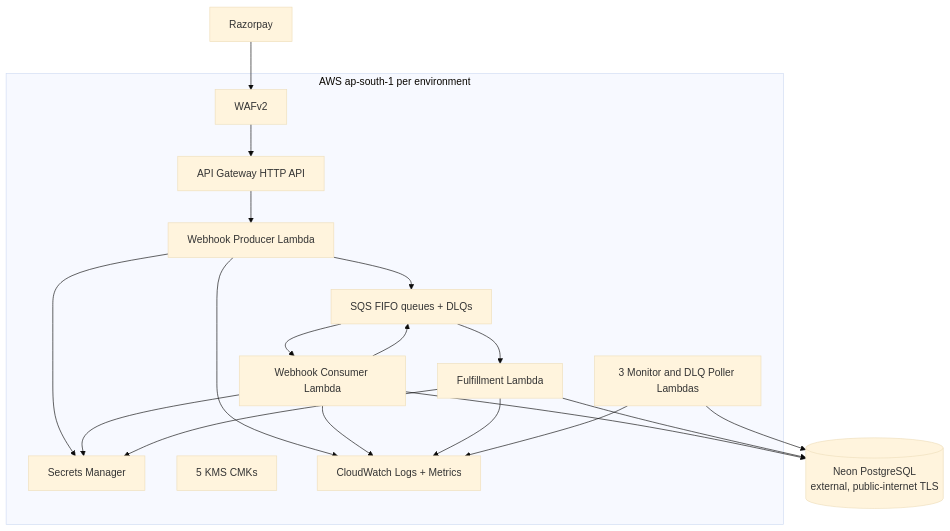
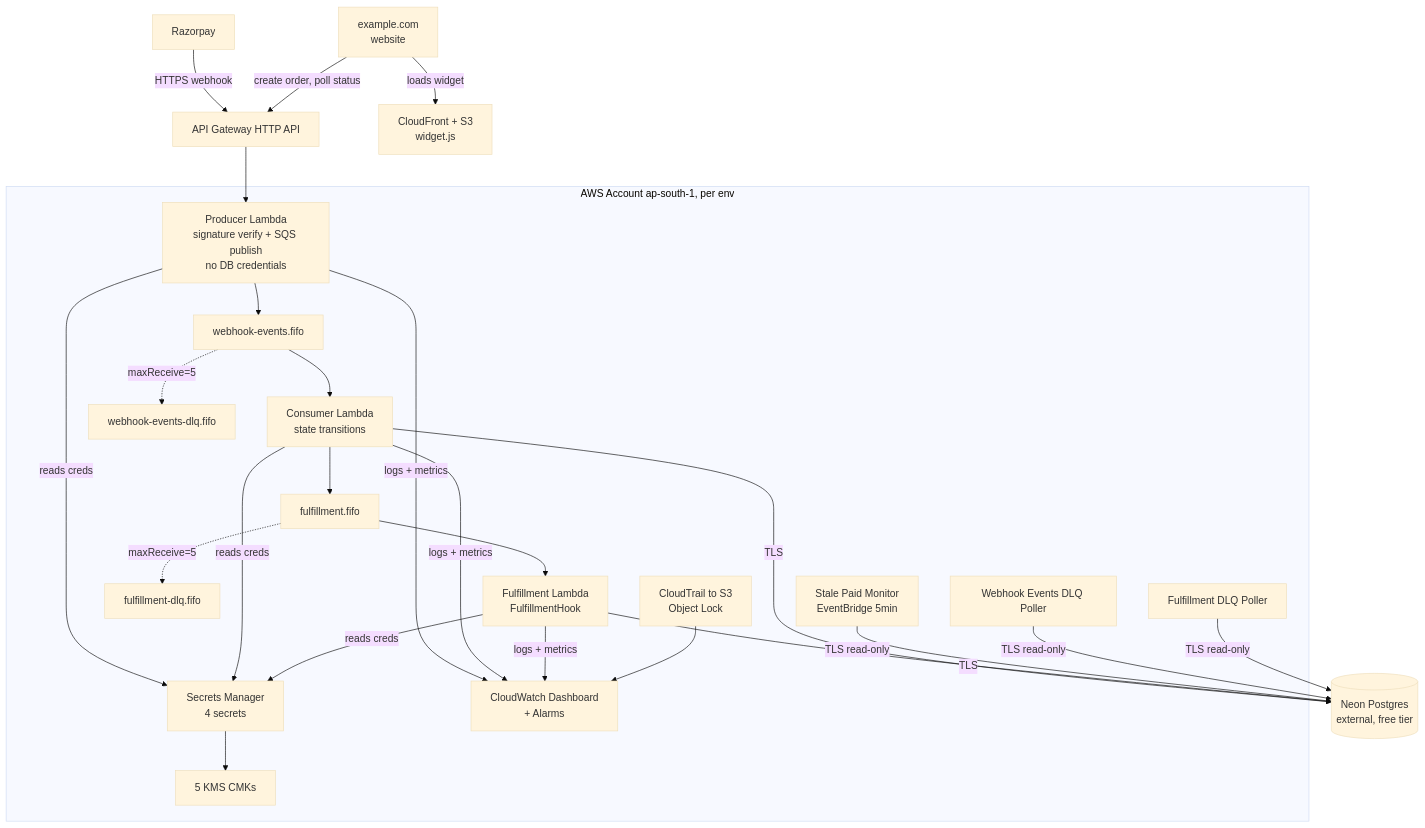
Before and after one commit to akhiljoe/razorpay-payment-integration: the first of 8 diagrams in designs/MIGRATION_WRITEUP.md, drawn with Mermaid (base theme). The commit also changed other lines of this file and 3 other files, not shown here.

````diff
--- a/designs/MIGRATION_WRITEUP.md
+++ b/designs/MIGRATION_WRITEUP.md
@@ -147,30 +58,37 @@
 ```mermaid
 flowchart TB
-    RZP[Razorpay]
-    subgraph AWS[AWS ap-south-1 per environment]
-        WAF[WAFv2]
-        APIGW[API Gateway HTTP API]
-        PRODFN[Webhook Producer Lambda]
-        CONSFN[Webhook Consumer Lambda]
-        FULFN[Fulfillment Lambda]
-        MON[3 Monitor and DLQ Poller Lambdas]
-        SQS[SQS FIFO queues + DLQs]
-        SM[Secrets Manager]
+    RZP[Razorpay] -->|HTTPS webhook| APIGW[API Gateway HTTP API]
+    APIGW --> PRODFN[Producer Lambda<br/>signature verify + SQS publish<br/>no DB credentials]
+
+    subgraph AWS_Account[AWS Account ap-south-1, per env]
+        PRODFN --> SQS_W[webhook-events.fifo]
+        SQS_W --> CONSFN[Consumer Lambda<br/>state transitions]
+        SQS_W -.maxReceive=5.-> WDLQ[webhook-events-dlq.fifo]
+
+        CONSFN --> SQS_F[fulfillment.fifo]
+        SQS_F --> FULFN[Fulfillment Lambda<br/>FulfillmentHook]
+        SQS_F -.maxReceive=5.-> FDLQ[fulfillment-dlq.fifo]
+
+        MON[Stale Paid Monitor<br/>EventBridge 5min]
+        DLQ_W[Webhook Events DLQ Poller]
+        DLQ_F[Fulfillment DLQ Poller]
+
+        SM[Secrets Manager<br/>4 secrets]
         KMS[5 KMS CMKs]
-        CW[CloudWatch Logs + Metrics]
+        CT[CloudTrail to S3<br/>Object Lock]
+        CWDASH[CloudWatch Dashboard<br/>+ Alarms]
     end
-    Neon[(Neon PostgreSQL<br/>external, public-internet TLS)]
 
-    RZP --> WAF --> APIGW --> PRODFN
-    PRODFN --> SM
-    PRODFN --> SQS
-    SQS --> CONSFN
-    CONSFN --> SM
-    CONSFN --> Neon
-    CONSFN --> SQS
-    SQS --> FULFN
-    FULFN --> SM
-    FULFN --> Neon
-    MON --> Neon
-    PRODFN & CONSFN & FULFN & MON --> CW
+    CONSFN -->|TLS| NEON[(Neon Postgres<br/>external, free tier)]
+    FULFN -->|TLS| NEON
+    MON -->|TLS read-only| NEON
+    DLQ_W & DLQ_F -->|TLS read-only| NEON
+
+    PRODFN & CONSFN & FULFN -->|reads creds| SM
+    SM --> KMS
+    PRODFN & CONSFN & FULFN -->|logs + metrics| CWDASH
+    CT --> CWDASH
+
+    TENANT[example.com<br/>website] -->|loads widget| CFW[CloudFront + S3<br/>widget.js]
+    TENANT -->|create order, poll status| APIGW
 ```
````
